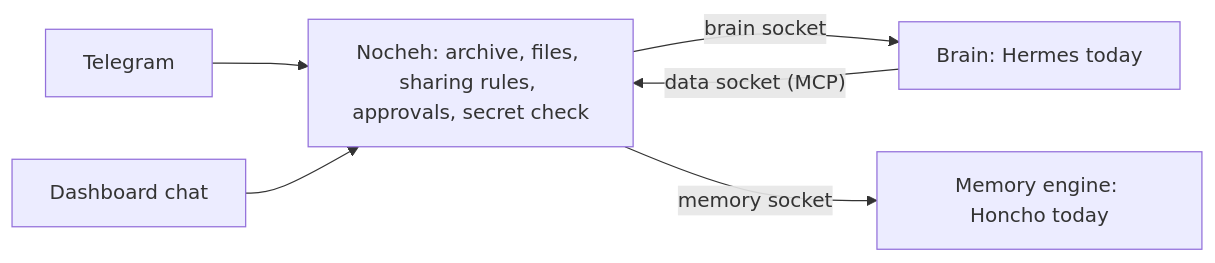
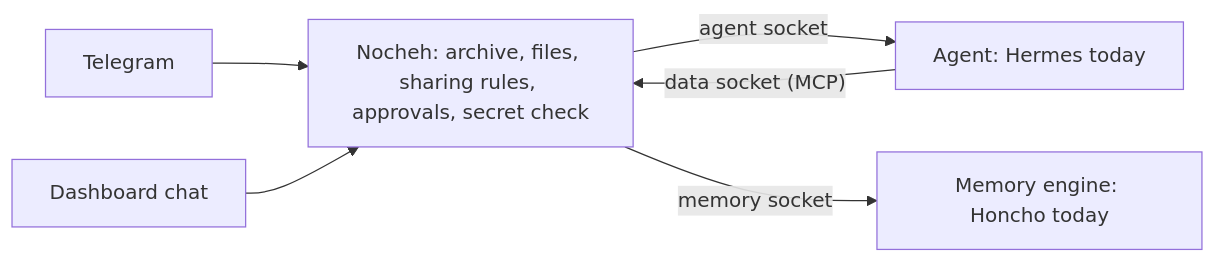
Before and after one commit to PlaygrndLabs/nocheh: the first of 2 diagrams in docs/architecture.md, drawn with Mermaid. The commit also changed other lines of this file and 206 other files, not shown here.

First line of the commit message:
refactor: call the brain the agent everywhere

````diff
--- a/docs/architecture.md
+++ b/docs/architecture.md
@@ -15,9 +15,9 @@
 ```mermaid
 flowchart LR
   TG["Telegram"] --> CORE
   WEB["Dashboard chat"] --> CORE
   CORE["Nocheh: archive, files, sharing rules, approvals, secret check"]
-  CORE -- "brain socket" --> BRAIN["Brain: Hermes today"]
-  BRAIN -- "data socket (MCP)" --> CORE
+  CORE -- "agent socket" --> AGENT["Agent: Hermes today"]
+  AGENT -- "data socket (MCP)" --> CORE
   CORE -- "memory socket" --> MEM["Memory engine: Honcho today"]
 ```
````
